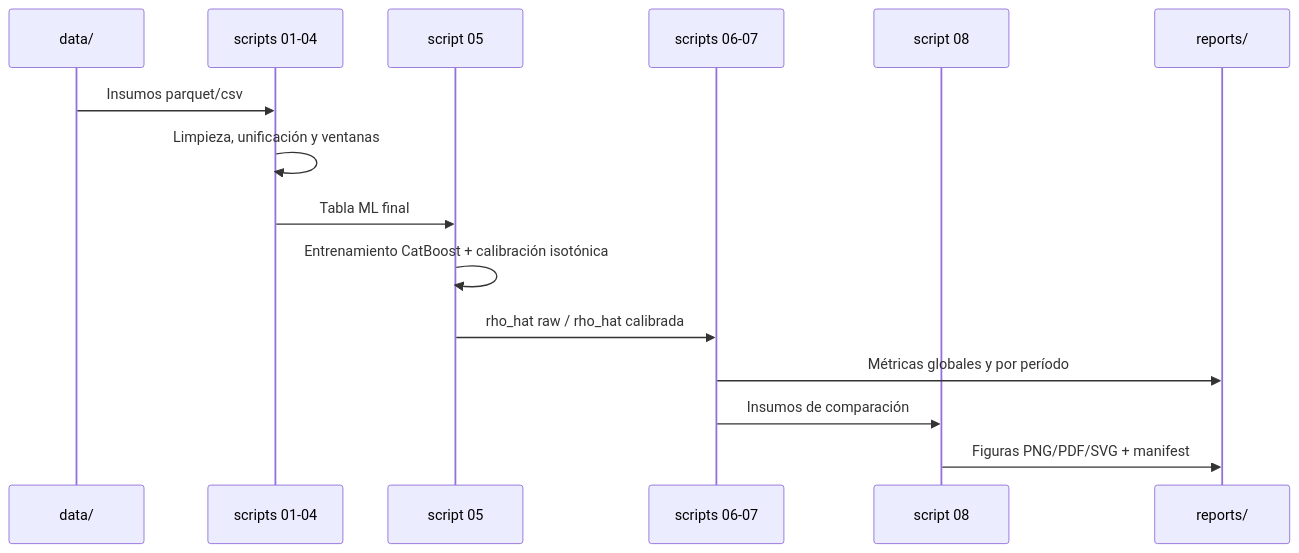
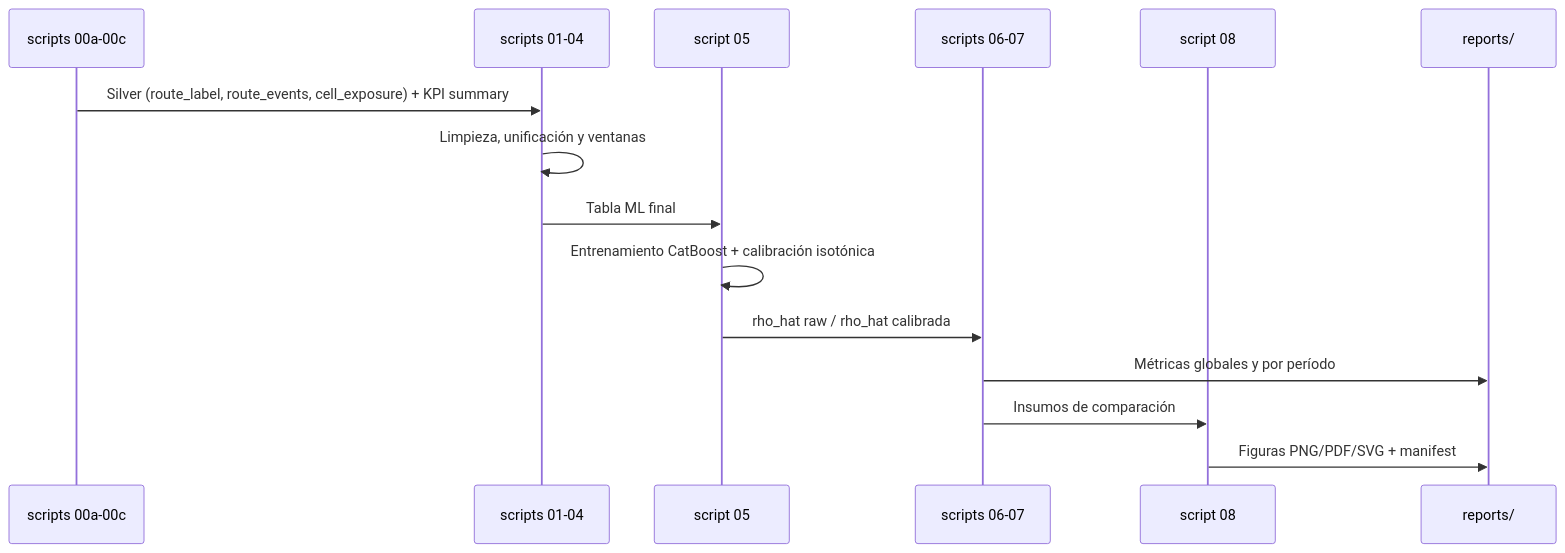
The third of 3 diagrams in README.md (josearpa123/InTAS_Gradient_Boosting), drawn with Mermaid before and after one commit. The commit also changed other lines of this file and 8 other files, not shown here.

````diff
--- a/README.md
+++ b/README.md
@@ -117,18 +122,18 @@
 ```mermaid
 sequenceDiagram
-    participant D as data/
+    participant SIM as scripts 00a-00c
     participant ETL as scripts 01-04
     participant ML as script 05
     participant EV as scripts 06-07
     participant FG as script 08
     participant R as reports/
 
-    D->>ETL: Insumos parquet/csv
+    SIM->>ETL: Silver (route_label, route_events, cell_exposure) + KPI summary
     ETL->>ETL: Limpieza, unificación y ventanas
     ETL->>ML: Tabla ML final
     ML->>ML: Entrenamiento CatBoost + calibración isotónica
     ML->>EV: rho_hat raw / rho_hat calibrada
     EV->>R: Métricas globales y por período
     EV->>FG: Insumos de comparación
     FG->>R: Figuras PNG/PDF/SVG + manifest
 ```
````
